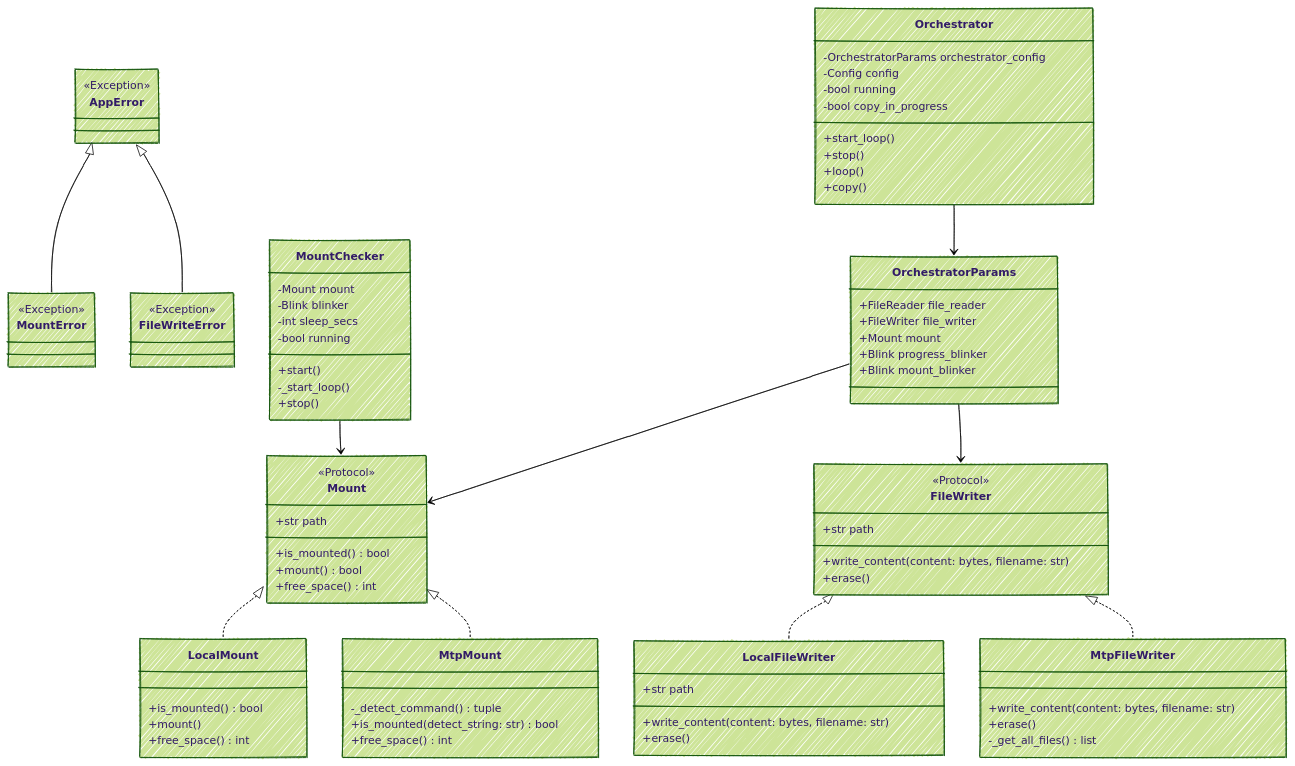
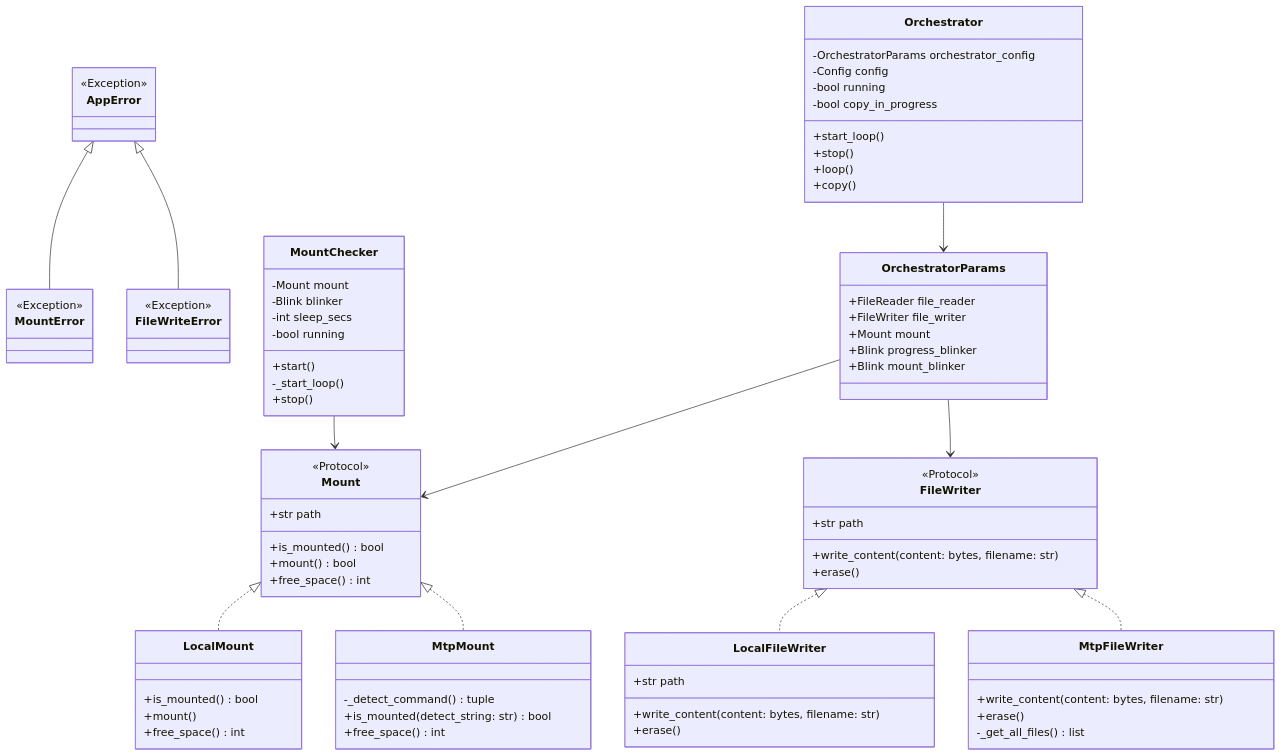
The diagram in README.md (engdan77/jamwatch), drawn with Mermaid before and after one commit. The commit also changed other lines of this file, not shown here.

Commit message:
Update README with background information, UV installation instructions, and remove outdated Mermaid configuration

````diff
--- a/README.md
+++ b/README.md
@@ -20,10 +27,4 @@
 ```mermaid
----
-config:
-  look: handDrawn
-  theme: forest
----
-
 classDiagram
     class AppError {
         <<Exception>>
````
